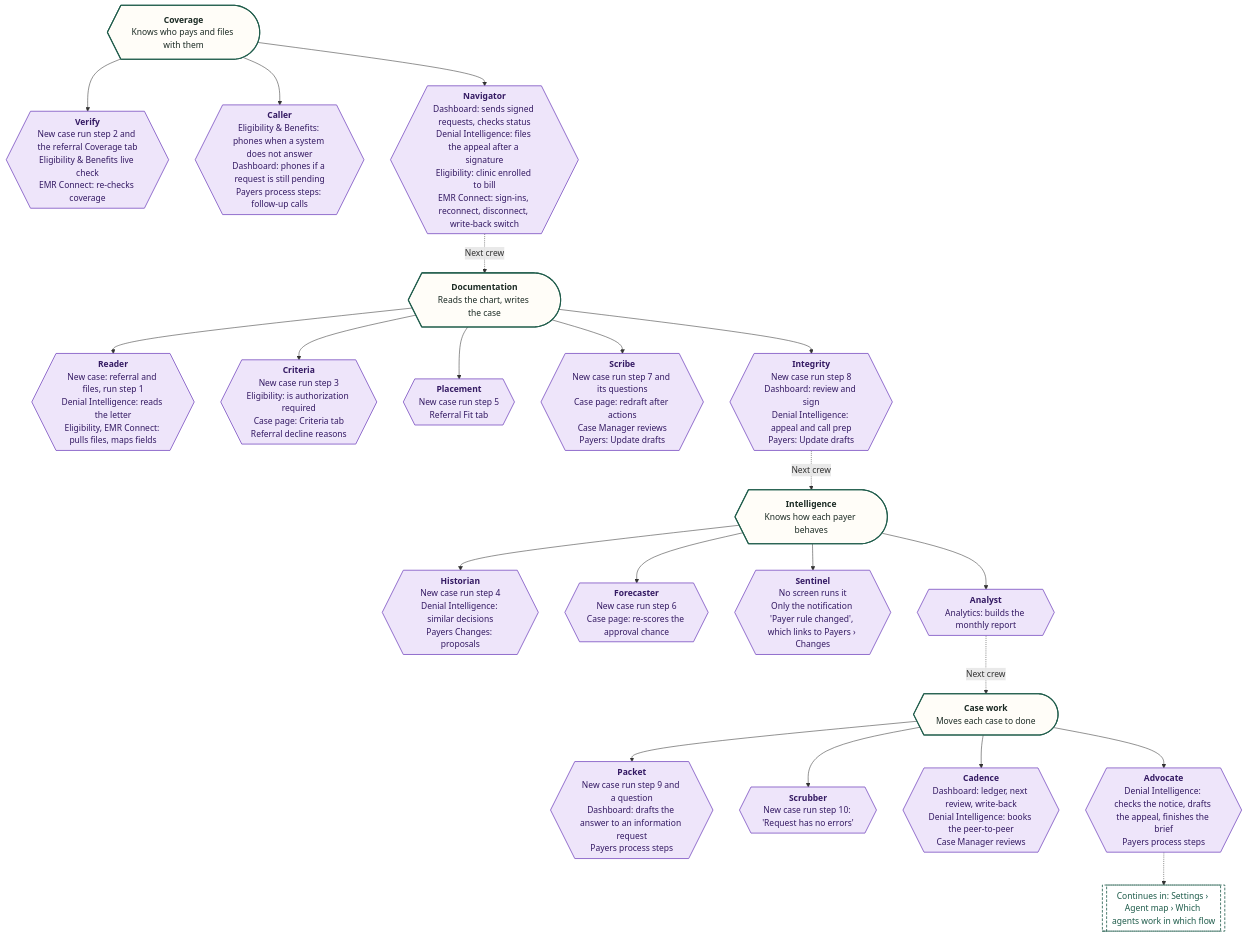
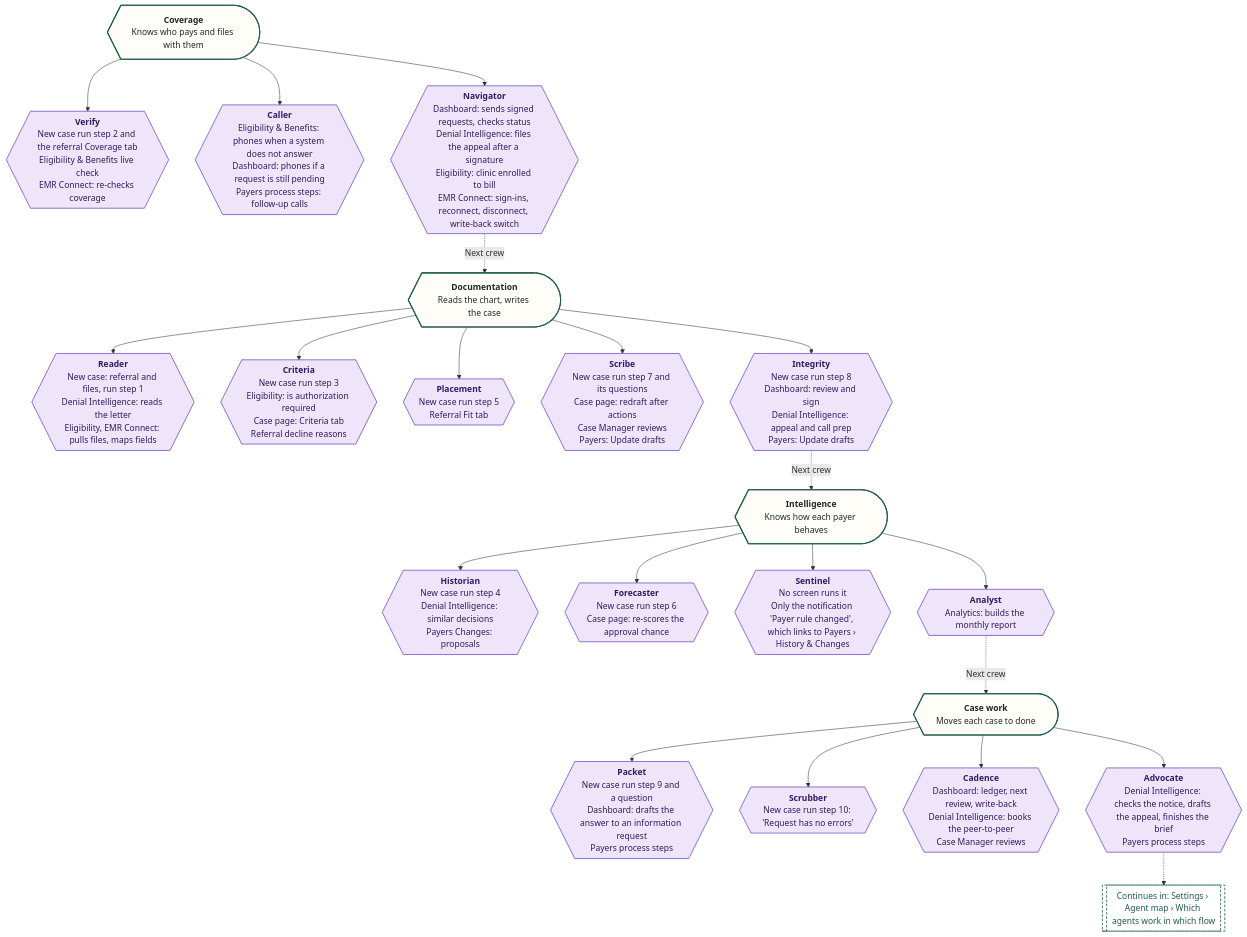
Before and after one commit to Shrav143/psyfloapp: the tenth of 11 diagrams in demos/prior-auth-demo/workflows/out/md/11-settings.md, drawn with Mermaid. The commit also changed other lines of this file and 60 other files, not shown here.

First line of the commit message:
feat: Payer Workflow Studio integration (compact header, default workflow in view panel, docs, diagrams)

````diff
--- a/demos/prior-auth-demo/workflows/out/md/11-settings.md
+++ b/demos/prior-auth-demo/workflows/out/md/11-settings.md
@@ -751,52 +751,52 @@
 ```mermaid
 %%{init: {"theme":"base","themeVariables":{"fontFamily":"'DM Sans', 'Segoe UI', system-ui, sans-serif","fontSize":"15px","lineColor":"#5B6B63","primaryTextColor":"#1C2B25","clusterBkg":"#FBF8F3","clusterBorder":"#D9CDBB","edgeLabelBackground":"#FFFFFF"},"flowchart":{"curve":"basis","nodeSpacing":36,"rankSpacing":48,"padding":12,"htmlLabels":true,"useMaxWidth":false,"wrappingWidth":230}} }%%
 flowchart TD
   classDef k_start fill:#1F5C4B,stroke:#174638,color:#FFFFFF,stroke-width:1.5px,font-weight:600
   classDef k_end fill:#DDEFE3,stroke:#2E7D4F,color:#14502F,stroke-width:1.5px,font-weight:600
   classDef k_endx fill:#FBE3E0,stroke:#C0392B,color:#7A1F16,stroke-width:1.5px,font-weight:600
   classDef k_screen fill:#FFFDF8,stroke:#1F5C4B,color:#1C2B25,stroke-width:2px
   classDef k_overlay fill:#F1F7F3,stroke:#1F5C4B,color:#1C2B25,stroke-width:2px,stroke-dasharray:5 3
   classDef k_click fill:#DCEBFA,stroke:#2F6DB5,color:#12365F,stroke-width:1.5px
   classDef k_input fill:#E4E7FF,stroke:#4C5FD5,color:#1D2670,stroke-width:1.5px
   classDef k_process fill:#EEF0EE,stroke:#7A857F,color:#26302B,stroke-width:1.5px
   classDef k_agent fill:#EEE5FA,stroke:#7A4FC2,color:#341A63,stroke-width:1.5px
   classDef k_decision fill:#FFF0CC,stroke:#D9962B,color:#5C3B00,stroke-width:1.5px
   classDef k_store fill:#D5F0EA,stroke:#1C8E7B,color:#0B4A3F,stroke-width:1.5px
   classDef k_doc fill:#F6E9DC,stroke:#B07A4C,color:#4A2E14,stroke-width:1.5px
   classDef k_ext fill:#FFE6D2,stroke:#E07B39,color:#6B2F06,stroke-width:1.5px
   classDef k_wait fill:#E4E8EE,stroke:#6B7C93,color:#26303D,stroke-width:1.5px
   classDef k_toast fill:#FFF9DB,stroke:#C9A400,color:#5A4A00,stroke-width:1.5px
   classDef k_goto fill:#FFFFFF,stroke:#1F5C4B,color:#1F5C4B,stroke-width:1.5px,stroke-dasharray:5 3
   c1@{ shape: curv-trap, label: "<b>Coverage</b><br/>Knows who pays and files with them" }
   verify@{ shape: hex, label: "<b>Verify</b><br/>New case run step 2 and the referral Coverage tab<br/>Eligibility & Benefits live check<br/>EMR Connect: re-checks coverage" }
   caller@{ shape: hex, label: "<b>Caller</b><br/>Eligibility & Benefits: phones when a system does not answer<br/>Dashboard: phones if a request is still pending<br/>Payers process steps: follow-up calls" }
   navigator@{ shape: hex, label: "<b>Navigator</b><br/>Dashboard: sends signed requests, checks status<br/>Denial Intelligence: files the appeal after a signature<br/>Eligibility: clinic enrolled to bill<br/>EMR Connect: sign-ins, reconnect, disconnect, write-back switch" }
   c2@{ shape: curv-trap, label: "<b>Documentation</b><br/>Reads the chart, writes the case" }
   reader@{ shape: hex, label: "<b>Reader</b><br/>New case: referral and files, run step 1<br/>Denial Intelligence: reads the letter<br/>Eligibility, EMR Connect: pulls files, maps fields" }
   criteria@{ shape: hex, label: "<b>Criteria</b><br/>New case run step 3<br/>Eligibility: is authorization required<br/>Case page: Criteria tab<br/>Referral decline reasons" }
   placement@{ shape: hex, label: "<b>Placement</b><br/>New case run step 5<br/>Referral Fit tab" }
   scribe@{ shape: hex, label: "<b>Scribe</b><br/>New case run step 7 and its questions<br/>Case page: redraft after actions<br/>Case Manager reviews<br/>Payers: Update drafts" }
   integrity@{ shape: hex, label: "<b>Integrity</b><br/>New case run step 8<br/>Dashboard: review and sign<br/>Denial Intelligence: appeal and call prep<br/>Payers: Update drafts" }
   c3@{ shape: curv-trap, label: "<b>Intelligence</b><br/>Knows how each payer behaves" }
   historian@{ shape: hex, label: "<b>Historian</b><br/>New case run step 4<br/>Denial Intelligence: similar decisions<br/>Payers Changes: proposals" }
   forecaster@{ shape: hex, label: "<b>Forecaster</b><br/>New case run step 6<br/>Case page: re-scores the approval chance" }
-  sentinel@{ shape: hex, label: "<b>Sentinel</b><br/>No screen runs it<br/>Only the notification 'Payer rule changed', which links to Payers › Changes" }
+  sentinel@{ shape: hex, label: "<b>Sentinel</b><br/>No screen runs it<br/>Only the notification 'Payer rule changed', which links to Payers › History & Changes" }
   analyst@{ shape: hex, label: "<b>Analyst</b><br/>Analytics: builds the monthly report" }
   c4@{ shape: curv-trap, label: "<b>Case work</b><br/>Moves each case to done" }
   packet@{ shape: hex, label: "<b>Packet</b><br/>New case run step 9 and a question<br/>Dashboard: drafts the answer to an information request<br/>Payers process steps" }
   scrubber@{ shape: hex, label: "<b>Scrubber</b><br/>New case run step 10: 'Request has no errors'" }
   cadence@{ shape: hex, label: "<b>Cadence</b><br/>Dashboard: ledger, next review, write-back<br/>Denial Intelligence: books the peer-to-peer<br/>Case Manager reviews" }
   advocate@{ shape: hex, label: "<b>Advocate</b><br/>Denial Intelligence: checks the notice, drafts the appeal, finishes the brief<br/>Payers process steps" }
   g1@{ shape: subproc, label: "Continues in: Settings › Agent map › Which agents work in which flow" }
   c1 --> verify & caller & navigator
   navigator -.->|"Next crew"| c2
   c2 --> reader & criteria & placement & scribe & integrity
   integrity -.->|"Next crew"| c3
   c3 --> historian & forecaster & sentinel & analyst
   analyst -.->|"Next crew"| c4
   c4 --> packet & scrubber & cadence & advocate
   advocate -.-> g1
   class c1,c2,c3,c4 k_screen
   class verify,caller,navigator,reader,criteria,placement,scribe,integrity,historian,forecaster,sentinel,analyst,packet,scrubber,cadence,advocate k_agent
   class g1 k_goto
 ```
````
